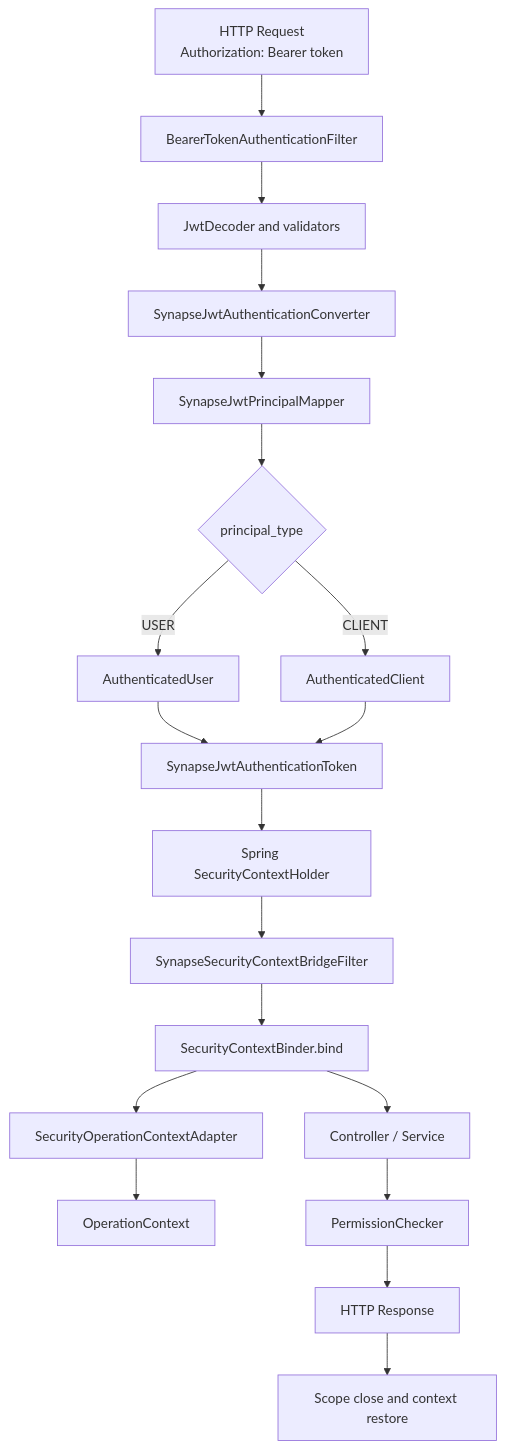
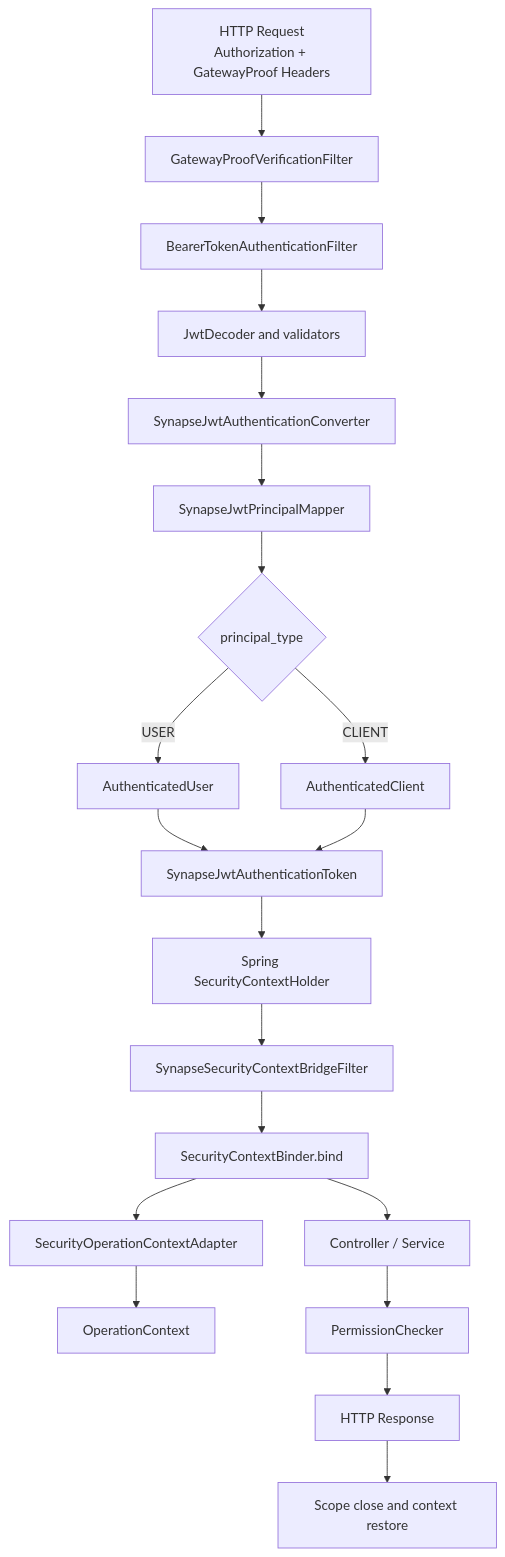
One commit to Chris-co-shi/synapse-framework changed the diagram in docs/learning/02-security-oauth2-request-flow.md. Above: the diagram before and after it, drawn with Mermaid. The commit also changed other lines of this file and 51 other files, not shown here.

Commit message:
feat: add gateway proof verification for resource servers

````diff
--- a/docs/learning/02-security-oauth2-request-flow.md
+++ b/docs/learning/02-security-oauth2-request-flow.md
@@ -38,21 +38,22 @@
 ```mermaid
 flowchart TD
-    A[HTTP Request<br/>Authorization: Bearer token] --> B[BearerTokenAuthenticationFilter]
+    A[HTTP Request<br/>Authorization + GatewayProof Headers] --> GP[GatewayProofVerificationFilter]
+    GP --> B[BearerTokenAuthenticationFilter]
     B --> C[JwtDecoder and validators]
     C --> D[SynapseJwtAuthenticationConverter]
     D --> E[SynapseJwtPrincipalMapper]
     E --> F{principal_type}
     F -->|USER| G[AuthenticatedUser]
     F -->|CLIENT| H[AuthenticatedClient]
     G --> I[SynapseJwtAuthenticationToken]
     H --> I
     I --> J[Spring SecurityContextHolder]
     J --> K[SynapseSecurityContextBridgeFilter]
     K --> L[SecurityContextBinder.bind]
     L --> M[SecurityOperationContextAdapter]
     M --> N[OperationContext]
     L --> O[Controller / Service]
     O --> P[PermissionChecker]
     P --> Q[HTTP Response]
     Q --> R[Scope close and context restore]
 ```
````
